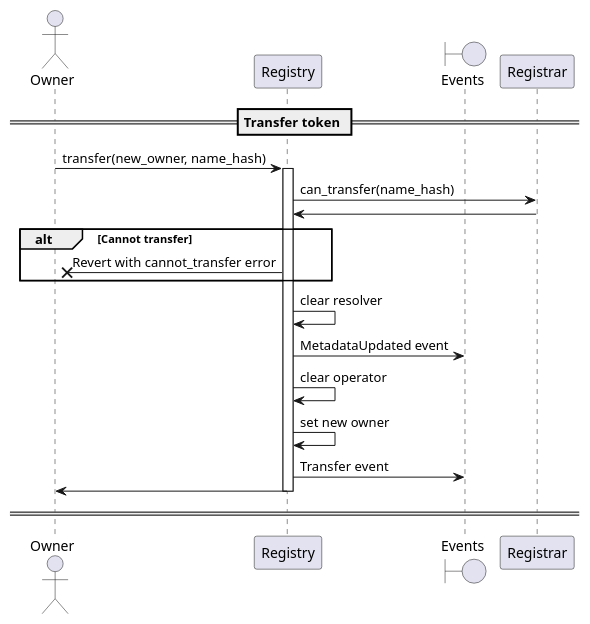
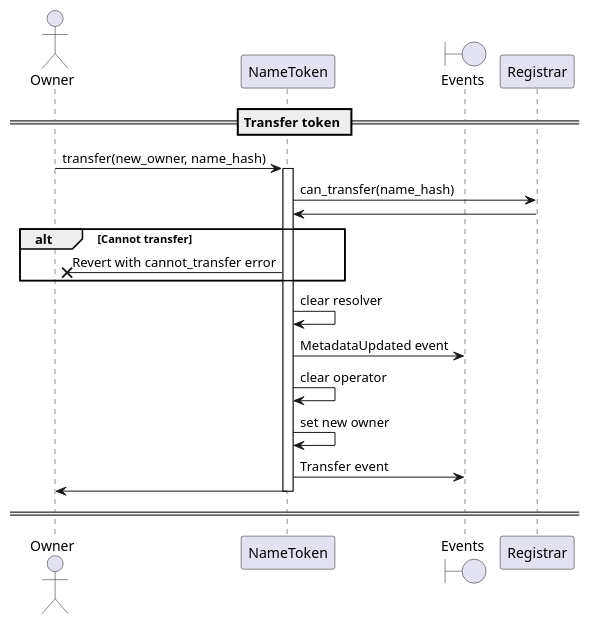
One commit to make-software/cspr-name-contracts changed the diagram in docs/sequence-diagrams/puml/transfer-domain.puml. Above: the diagram before and after it, drawn with PlantUML. The commit also changed 13 other files, not shown here.

Commit message:
Renamed Registry contract with NameToken in the sequence diagrams.

```diff
--- a/docs/sequence-diagrams/puml/transfer-domain.puml
+++ b/docs/sequence-diagrams/puml/transfer-domain.puml
@@ -1,28 +1,28 @@
 @startuml
 'https://plantuml.com/sequence-diagram
 
 'autonumber
 actor Owner
-participant "Registry"
+participant "NameToken"
 boundary "Events"
 
 == Transfer token ==
 
-Owner -> Registry: transfer(new_owner, name_hash)
-activate Registry
-Registry -> Registrar: can_transfer(name_hash)
-Registrar -> Registry
+Owner -> NameToken: transfer(new_owner, name_hash)
+activate NameToken
+NameToken -> Registrar: can_transfer(name_hash)
+Registrar -> NameToken
 alt Cannot transfer
-    Registry ->X Owner: Revert with cannot_transfer error
+    NameToken ->X Owner: Revert with cannot_transfer error
 end
-Registry -> Registry: clear resolver
-Registry -> "Events": MetadataUpdated event
-Registry -> Registry: clear operator
-Registry -> Registry : set new owner
-Registry -> "Events": Transfer event
-Registry -> Owner
-deactivate Registry
+NameToken -> NameToken: clear resolver
+NameToken -> "Events": MetadataUpdated event
+NameToken -> NameToken: clear operator
+NameToken -> NameToken : set new owner
+NameToken -> "Events": Transfer event
+NameToken -> Owner
+deactivate NameToken
 
 == ==
 
 @enduml
```
